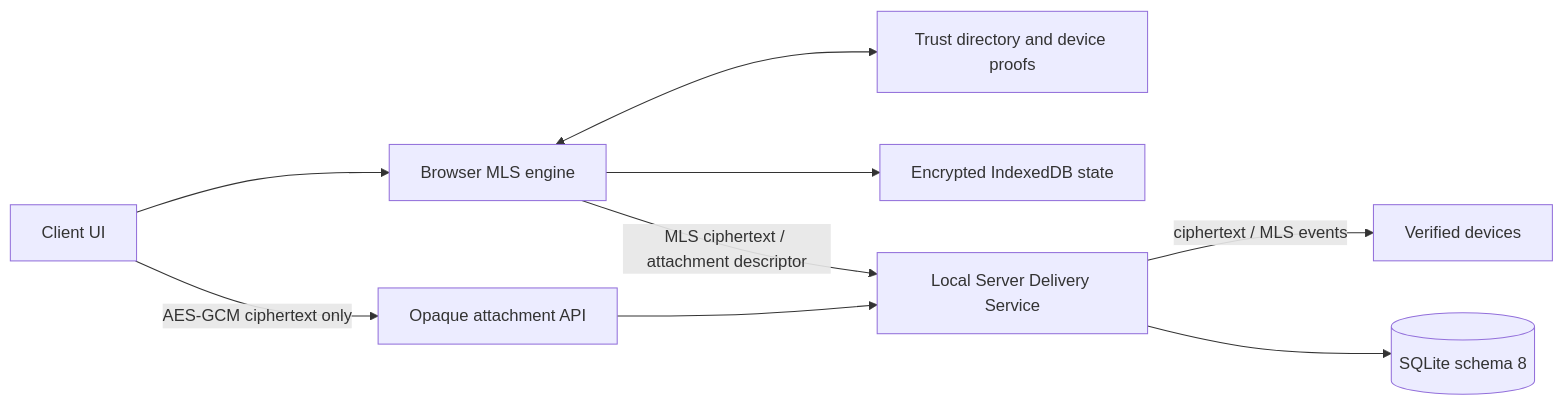
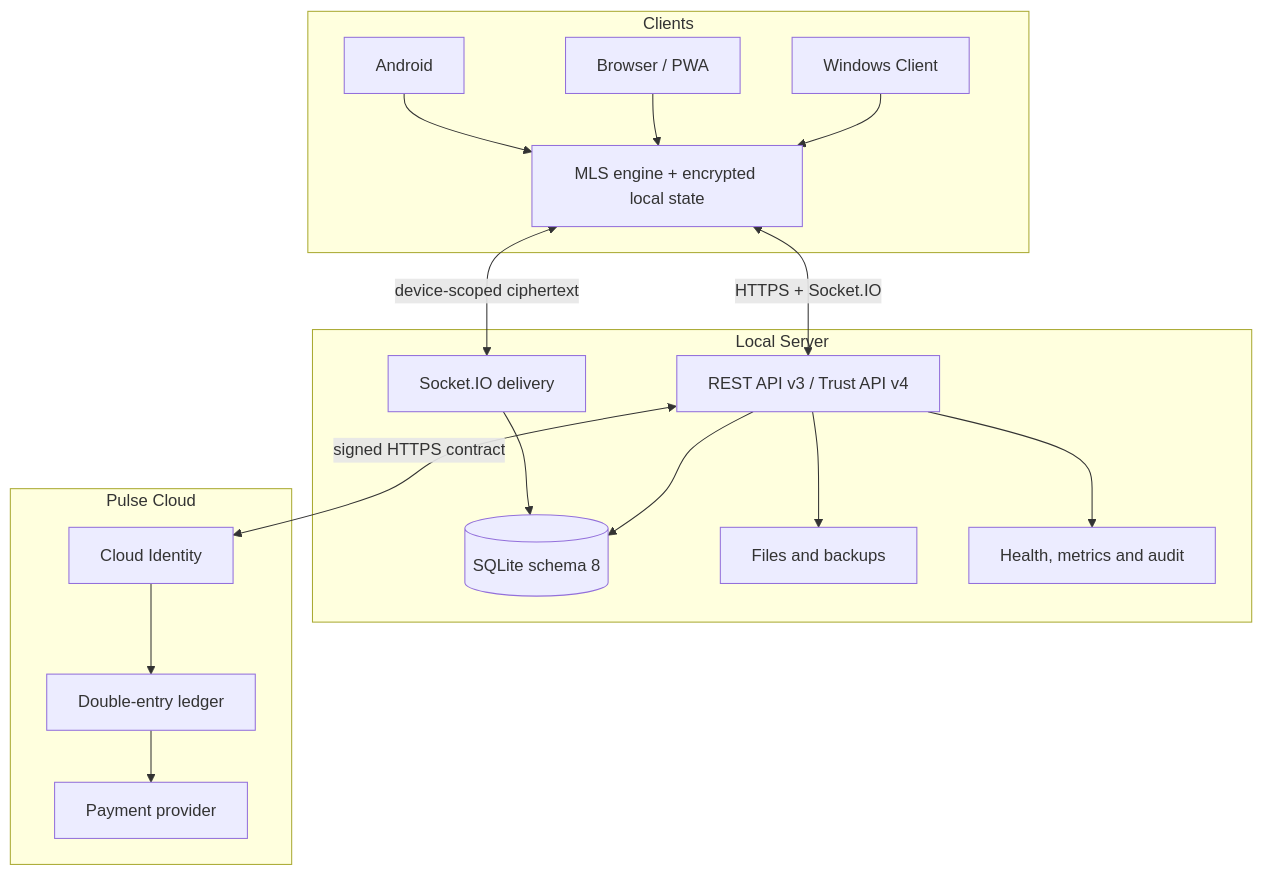
One commit to Onmaynec/Nexora changed the diagram in README.md. Above: the diagram before and after it, drawn with Mermaid. The commit also changed other lines of this file, not shown here.

````diff
--- a/README.md
+++ b/README.md
@@ -28,11 +79,36 @@
 ```mermaid
-flowchart LR
-  UI[Client UI] --> ENG[Browser MLS engine]
-  ENG <--> TC[Trust directory and device proofs]
-  ENG --> ESTORE[Encrypted IndexedDB state]
-  ENG -->|MLS ciphertext / attachment descriptor| DS[Local Server Delivery Service]
-  UI -->|AES-GCM ciphertext only| OPAQUE[Opaque attachment API]
-  OPAQUE --> DS
-  DS -->|ciphertext / MLS events| PEERS[Verified devices]
-  DS --> S8[(SQLite schema 8)]
+flowchart TB
+  subgraph Clients
+    WIN[Windows Client]
+    WEB[Browser / PWA]
+    AND[Android]
+    MLS[MLS engine + encrypted local state]
+    WIN --> MLS
+    WEB --> MLS
+    AND --> MLS
+  end
+
+  subgraph Local Server
+    API[REST API v3 / Trust API v4]
+    RT[Socket.IO delivery]
+    DB[(SQLite schema 8)]
+    FILES[Files and backups]
+    OPS[Health, metrics and audit]
+    API --> DB
+    RT --> DB
+    API --> FILES
+    API --> OPS
+  end
+
+  subgraph Pulse Cloud
+    ID[Cloud Identity]
+    LEDGER[Double-entry ledger]
+    PROVIDER[Payment provider]
+  end
+
+  MLS <-->|HTTPS + Socket.IO| API
+  MLS <-->|device-scoped ciphertext| RT
+  API <-->|signed HTTPS contract| ID
+  ID --> LEDGER
+  LEDGER --> PROVIDER
 ```
````
